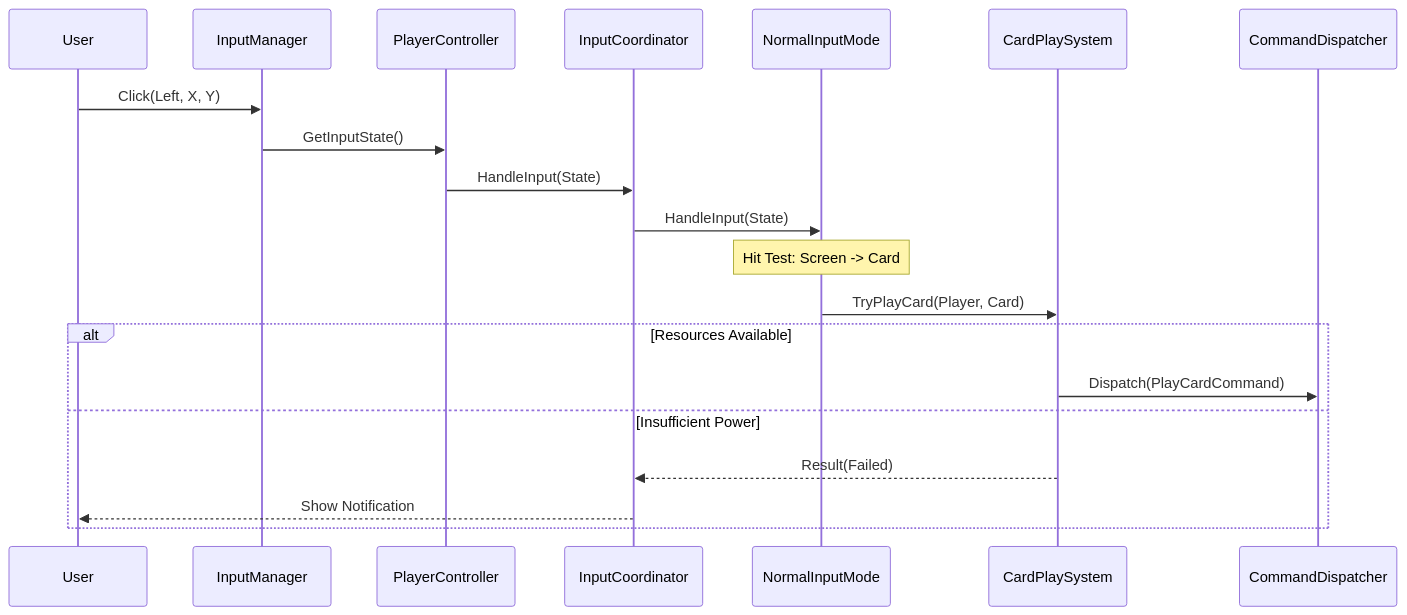
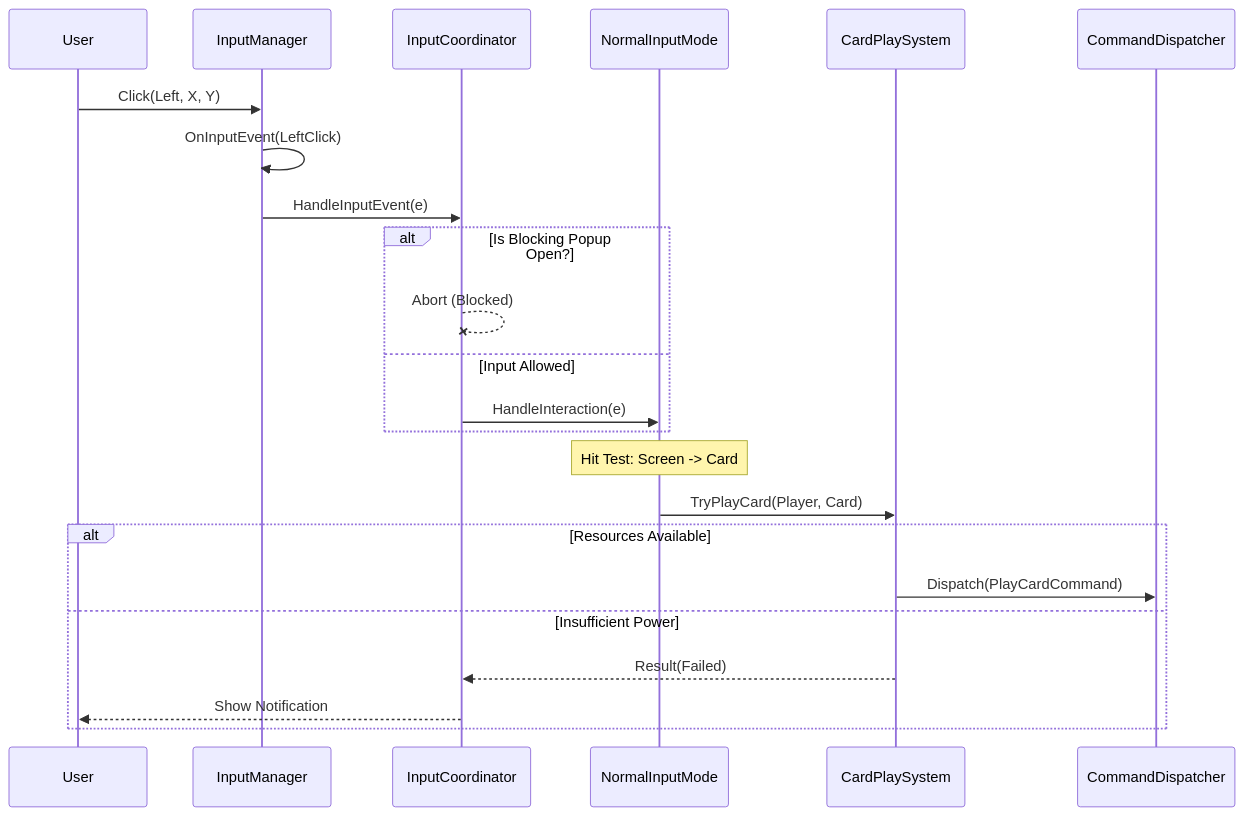
The tenth of 24 diagrams in docs/game-logic-flow.md (Itzoqq/ChaosWarlords), drawn with Mermaid before and after one commit. The commit also changed other lines of this file and 38 other files, not shown here.

First line of the commit message:
Fix input blocking bug, verify Wight mechanics, and update documentation

````diff
--- a/docs/game-logic-flow.md
+++ b/docs/game-logic-flow.md
@@ -382,26 +383,30 @@
 ```mermaid
 sequenceDiagram
     participant User
     participant InputManager as InputManager
-    participant Controller as PlayerController
     participant Coordinator as InputCoordinator
     participant Mode as NormalInputMode
     participant System as CardPlaySystem
     participant Command as CommandDispatcher
 
     User->>InputManager: Click(Left, X, Y)
-    InputManager->>Controller: GetInputState()
-    Controller->>Coordinator: HandleInput(State)
-    Coordinator->>Mode: HandleInput(State)
+    InputManager->>InputManager: OnInputEvent(LeftClick)
+    InputManager->>Coordinator: HandleInputEvent(e)
     
+    alt Is Blocking Popup Open?
+        Coordinator--xCoordinator: Abort (Blocked)
+    else Input Allowed
+        Coordinator->>Mode: HandleInteraction(e)
+    end
+
     Note over Mode: Hit Test: Screen -> Card
     
     Mode->>System: TryPlayCard(Player, Card)
     
     alt Resources Available
         System->>Command: Dispatch(PlayCardCommand)
     else Insufficient Power
         System-->>Coordinator: Result(Failed)
         Coordinator-->>User: Show Notification
     end
 ```
````
